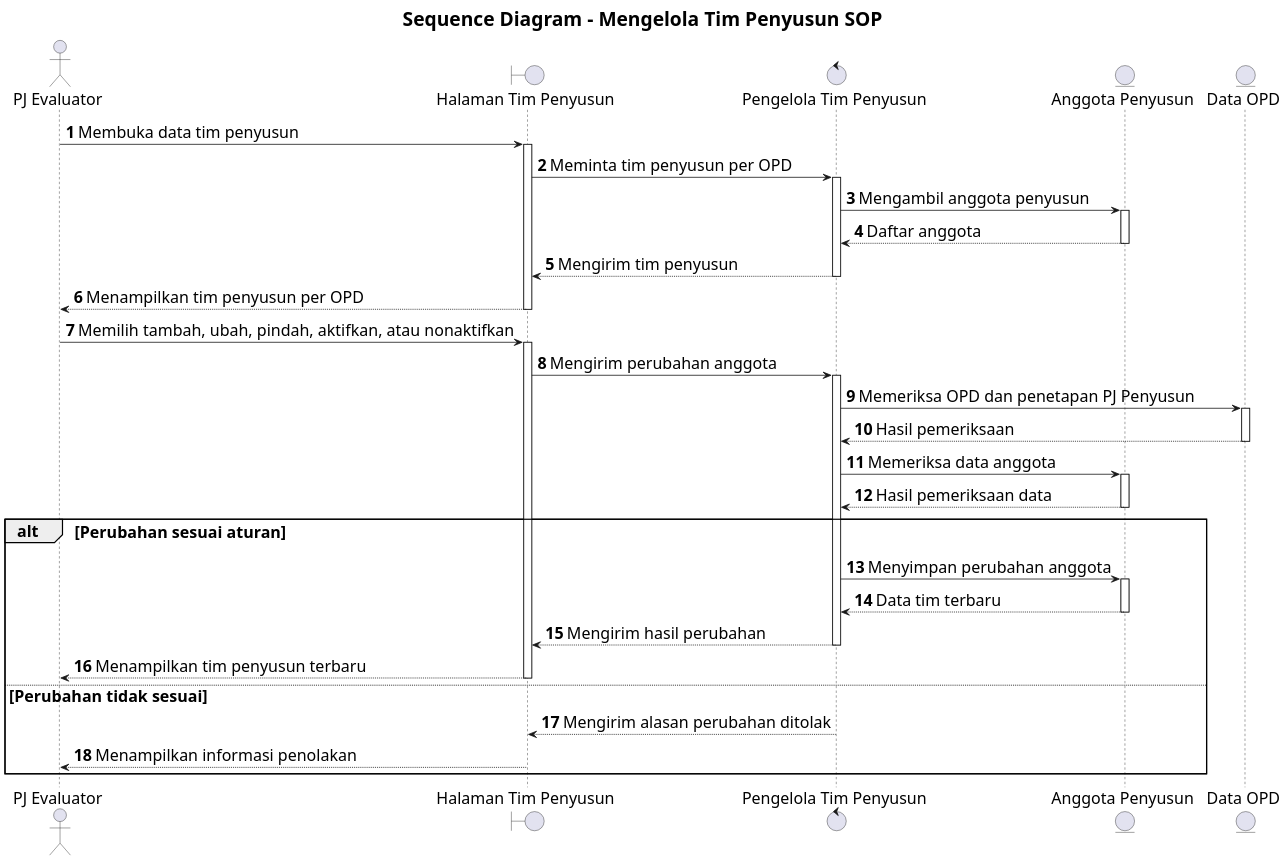
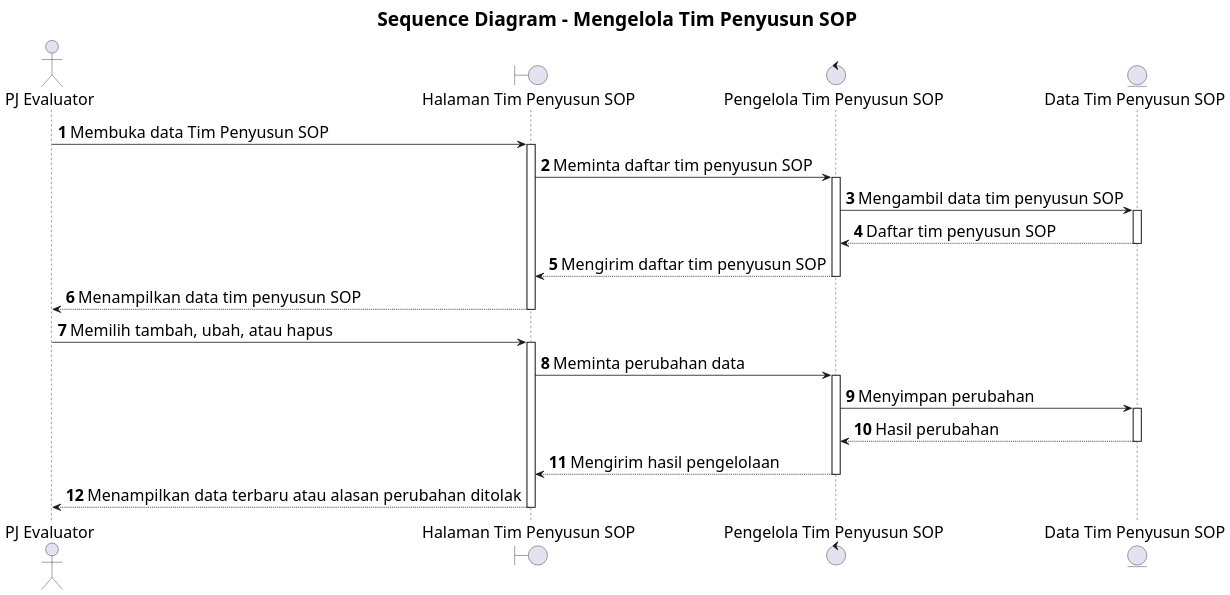
Before and after one commit to howlil/sop-generate-app: the diagram in docs/sequence/lampiran/pj-evaluator-mengelola-tim-penyusun-sop.md, drawn with PlantUML. The commit also changed other lines of this file and 20 other files, not shown here.

Commit message:
docs(sequence): simplify interaction detail across use cases

````diff
--- a/docs/sequence/lampiran/pj-evaluator-mengelola-tim-penyusun-sop.md
+++ b/docs/sequence/lampiran/pj-evaluator-mengelola-tim-penyusun-sop.md
@@ -16,42 +16,31 @@
 ```plantuml
 @startuml
 skinparam defaultFontSize 20
 skinparam titleFontSize 24
 skinparam dpi 160
 
 title Sequence Diagram - Mengelola Tim Penyusun SOP
 autonumber
 autoactivate on
 
 actor "PJ Evaluator" as A
-boundary "Halaman Tim Penyusun" as B
-control "Pengelola Tim Penyusun" as C
-entity "Anggota Penyusun" as D
-entity "Data OPD" as E
+boundary "Halaman Tim Penyusun SOP" as B
+control "Pengelola Tim Penyusun SOP" as C
+entity "Data Tim Penyusun SOP" as D
 
-A -> B : Membuka data tim penyusun
-B -> C : Meminta tim penyusun per OPD
-C -> D : Mengambil anggota penyusun
-D --> C : Daftar anggota
-C --> B : Mengirim tim penyusun
-B --> A : Menampilkan tim penyusun per OPD
+A -> B : Membuka data Tim Penyusun SOP
+B -> C : Meminta daftar tim penyusun SOP
+C -> D : Mengambil data tim penyusun SOP
+D --> C : Daftar tim penyusun SOP
+C --> B : Mengirim daftar tim penyusun SOP
+B --> A : Menampilkan data tim penyusun SOP
 
-A -> B : Memilih tambah, ubah, pindah, aktifkan, atau nonaktifkan
-B -> C : Mengirim perubahan anggota
-C -> E : Memeriksa OPD dan penetapan PJ Penyusun
-E --> C : Hasil pemeriksaan
-C -> D : Memeriksa data anggota
-D --> C : Hasil pemeriksaan data
-
-alt Perubahan sesuai aturan
-  C -> D : Menyimpan perubahan anggota
-  D --> C : Data tim terbaru
-  C --> B : Mengirim hasil perubahan
-  B --> A : Menampilkan tim penyusun terbaru
-else Perubahan tidak sesuai
-  C --> B : Mengirim alasan perubahan ditolak
-  B --> A : Menampilkan informasi penolakan
-end
+A -> B : Memilih tambah, ubah, atau hapus
+B -> C : Meminta perubahan data
+C -> D : Menyimpan perubahan
+D --> C : Hasil perubahan
+C --> B : Mengirim hasil pengelolaan
+B --> A : Menampilkan data terbaru atau alasan perubahan ditolak
 
 @enduml
 ```
````
